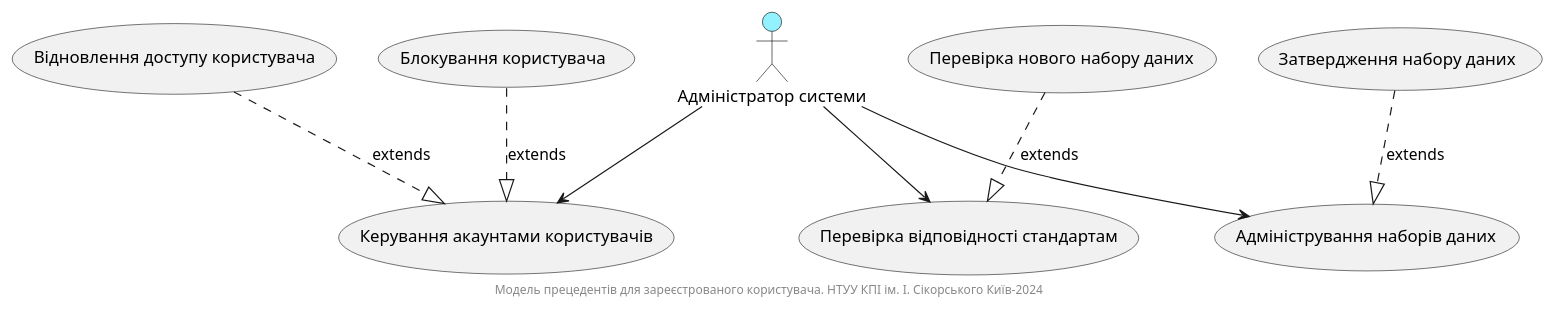
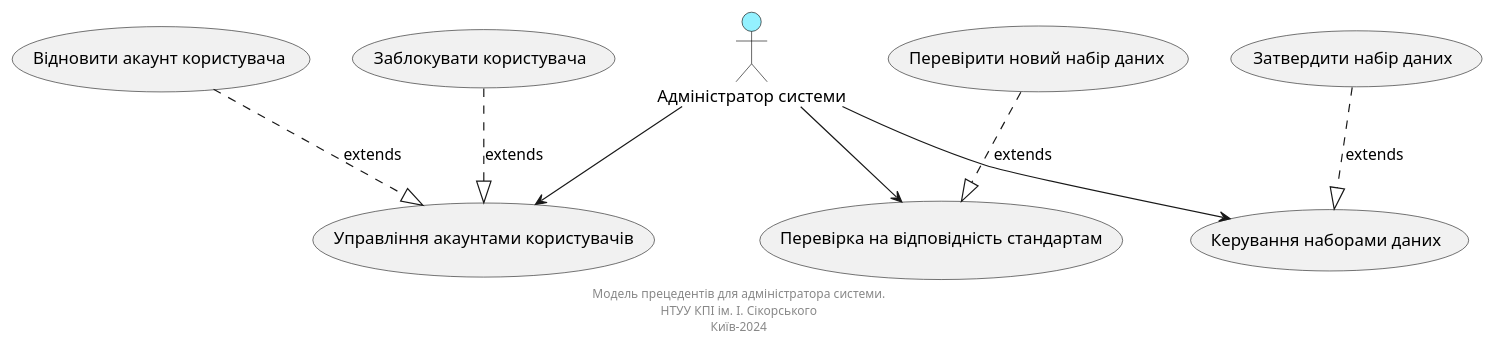
Before and after one commit to tyntyntynnnn/edu_db_labs: the fifth of 14 diagrams in docs/use cases/README.md, drawn with PlantUML. The commit also changed other lines of this file, not shown here.

```diff
--- a/docs/use cases/README.md
+++ b/docs/use cases/README.md
@@ -207,37 +184,35 @@
 @startuml
 
-' Налаштування стилів акторів
 skinparam actor {
     BackgroundColor #94f1ff
     BorderColor black
     FontColor black
 }
 
-actor "Адміністратор системи" as Admin
+actor "Адміністратор системи" as SystemAdmin
 
-usecase "Керування акаунтами користувачів" as UC_4.1
-usecase "Перевірка відповідності стандартам" as UC_4.2
-usecase "Адміністрування наборів даних" as UC_4.3
+usecase "Управління акаунтами користувачів" as UC_4.1
+usecase "Перевірка на відповідність стандартам" as UC_4.2
+usecase "Керування наборами даних" as UC_4.3
 
-' Дочірні прецеденти
-usecase "Блокування користувача" as UC_4.1.1
-usecase "Відновлення доступу користувача" as UC_4.1.2
-usecase "Перевірка нового набору даних" as UC_4.2.1
-usecase "Затвердження набору даних" as UC_4.3.1
+usecase "Заблокувати користувача" as UC_4.1.1
+usecase "Відновити акаунт користувача" as UC_4.1.2
+usecase "Перевірити новий набір даних" as UC_4.2.1
+usecase "Затвердити набір даних" as UC_4.3.1
 
-' Основні взаємодії
-Admin --> UC_4.1
-Admin --> UC_4.2
-Admin --> UC_4.3
+SystemAdmin --> UC_4.1
+SystemAdmin --> UC_4.2
+SystemAdmin --> UC_4.3
 
-' Розширення (extends) для дочірніх прецедентів
 UC_4.1.1 ..|> UC_4.1 : extends
 UC_4.1.2 ..|> UC_4.1 : extends
 UC_4.2.1 ..|> UC_4.2 : extends
 UC_4.3.1 ..|> UC_4.3 : extends
 
 footer
-    Модель прецедентів для зареєстрованого користувача. НТУУ КПІ ім. І. Сікорського Київ-2024
+    Модель прецедентів для адміністратора системи.
+    НТУУ КПІ ім. І. Сікорського
+    Київ-2024
 endfooter
 
 @enduml
```
